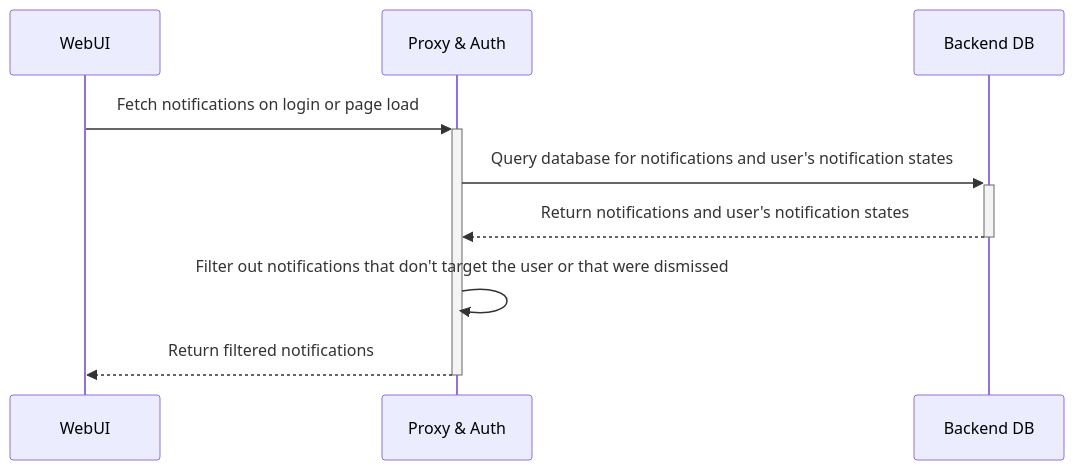
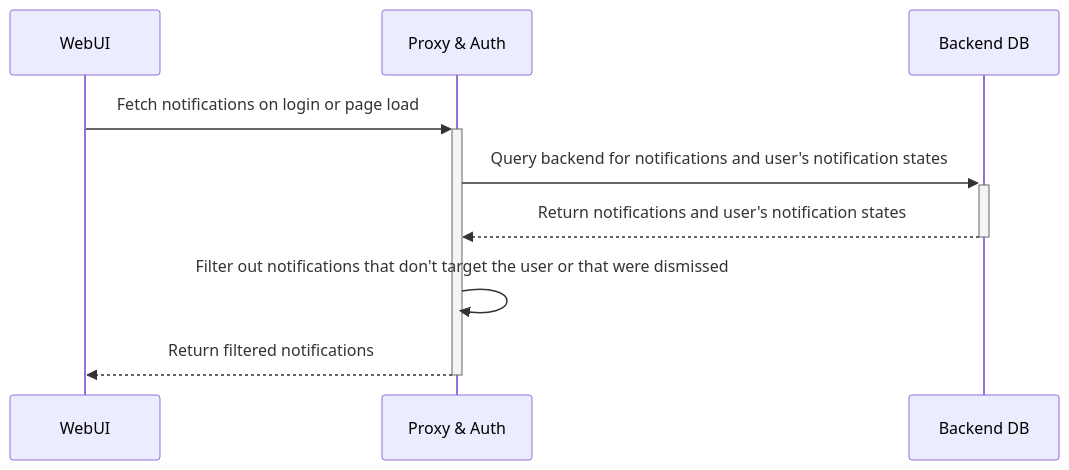
Before and after one commit to kiosc-france/teleport: the diagram in rfd/0156-notifications.md, drawn with Mermaid. The commit also changed other lines of this file, not shown here.

````diff
--- a/rfd/0156-notifications.md
+++ b/rfd/0156-notifications.md
@@ -313,12 +262,12 @@
 ```mermaid
 sequenceDiagram
    participant WebUI
    participant ProxyAuth as Proxy & Auth
    participant BackendDB as Backend DB
 
    WebUI->>+ProxyAuth: Fetch notifications on login or page load
-   ProxyAuth->>+BackendDB: Query database for notifications and user's notification states
+   ProxyAuth->>+BackendDB: Query backend for notifications and user's notification states
    BackendDB-->>-ProxyAuth: Return notifications and user's notification states
    ProxyAuth->>ProxyAuth: Filter out notifications that don't target the user or that were dismissed
    ProxyAuth-->>-WebUI: Return filtered notifications
 ```
````
